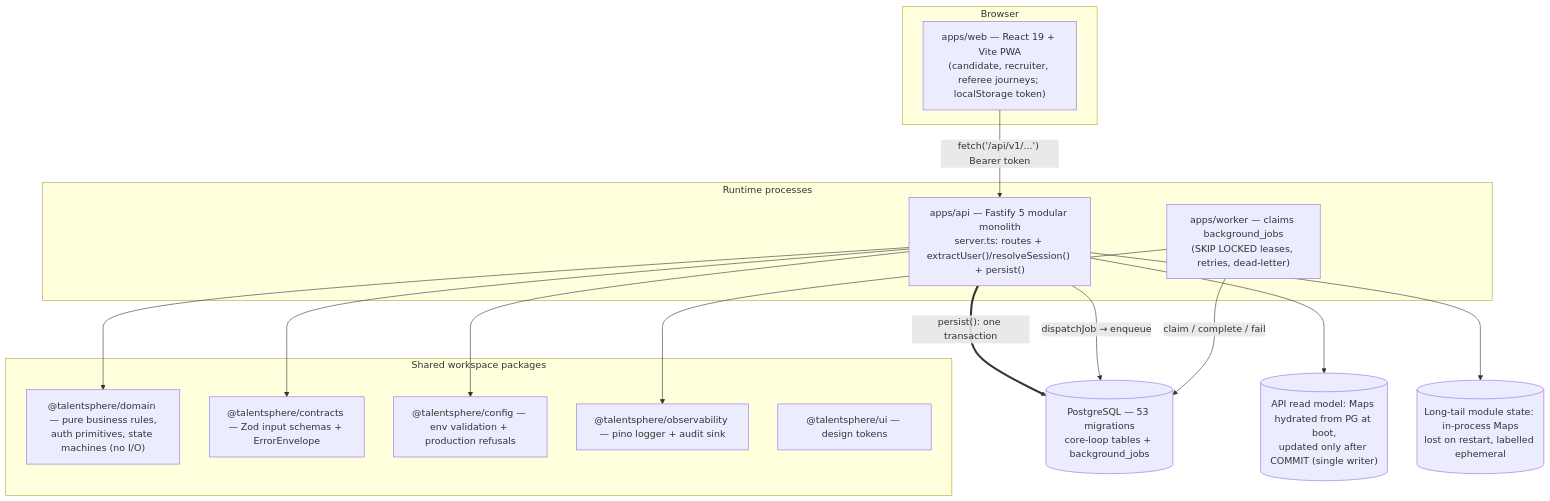
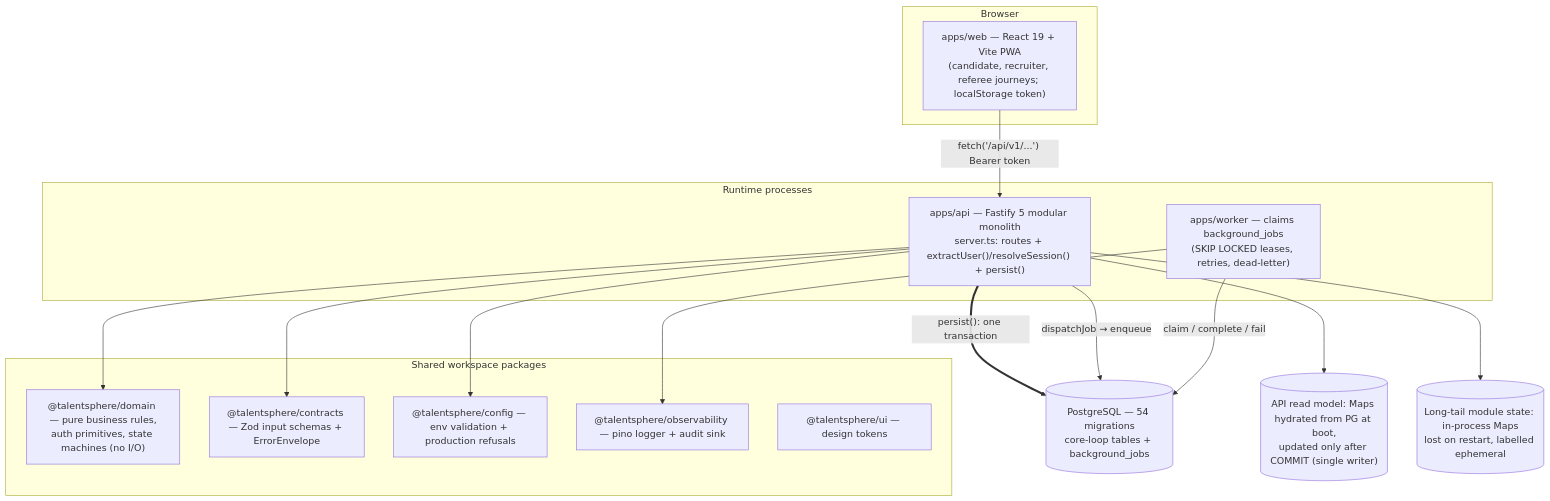
The diagram in ARCHITECTURE.md (yhsomani/talentsphere-complete), drawn with Mermaid before and after one commit. The commit also changed other lines of this file and 5 other files, not shown here.

````diff
--- a/ARCHITECTURE.md
+++ b/ARCHITECTURE.md
@@ -45,31 +45,31 @@
 ```mermaid
 flowchart TD
     subgraph Browser
         WEB["apps/web — React 19 + Vite PWA<br/>(candidate, recruiter, referee journeys; localStorage token)"]
     end
     subgraph Runtime processes
         API["apps/api — Fastify 5 modular monolith<br/>server.ts: routes + extractUser()/resolveSession() + persist()"]
         WORKER["apps/worker — claims background_jobs<br/>(SKIP LOCKED leases, retries, dead-letter)"]
     end
     subgraph Shared workspace packages
         DOM["@talentsphere/domain — pure business rules,<br/>auth primitives, state machines (no I/O)"]
         CON["@talentsphere/contracts — Zod input schemas + ErrorEnvelope"]
         CFG["@talentsphere/config — env validation + production refusals"]
         OBS["@talentsphere/observability — pino logger + audit sink"]
         UI["@talentsphere/ui — design tokens"]
     end
-    PG[("PostgreSQL — 53 migrations<br/>core-loop tables + background_jobs")]
+    PG[("PostgreSQL — 54 migrations<br/>core-loop tables + background_jobs")]
     RM[("API read model: Maps hydrated from PG at boot,<br/>updated only after COMMIT (single writer)")]
     MEM[("Long-tail module state: in-process Maps<br/>lost on restart, labelled ephemeral")]
 
     WEB -- "fetch('/api/v1/...') Bearer token" --> API
     API --> DOM
     API --> CON
     API --> CFG
     API == "persist(): one transaction" ==> PG
     API --> RM
     API --> MEM
     API -- "dispatchJob → enqueue" --> PG
     WORKER -- "claim / complete / fail" --> PG
     WORKER --> OBS
 ```
````
